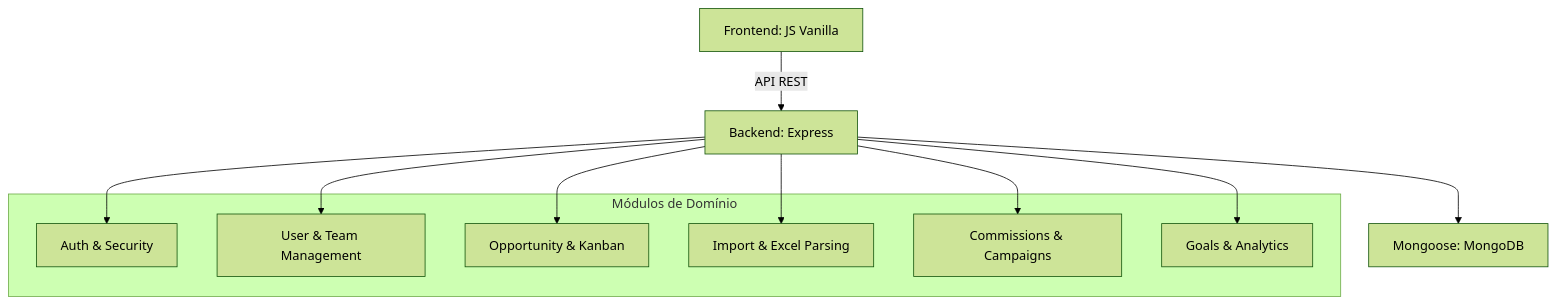
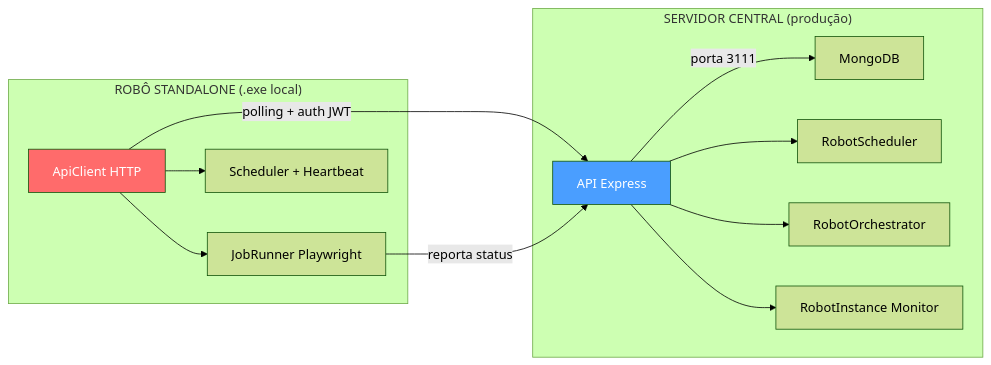
One commit to diogomends/gestor-oportunidades-rpa-docusigner changed the diagram in .specs/STATE.md. Above: the diagram before and after it, drawn with Mermaid (forest theme). The commit also changed other lines of this file and 6 other files, not shown here.

Commit message:
docs(specs): documentar arquitetura de 2 componentes (servidor + standalone)

````diff
--- a/.specs/STATE.md
+++ b/.specs/STATE.md
@@ -7,21 +11,20 @@
 ```mermaid
-graph TD
-    A[Frontend: JS Vanilla] -->|API REST| B[Backend: Express]
-    B --> C[Mongoose: MongoDB]
-    
-    subgraph "Módulos de Domínio"
-        D[Auth & Security]
-        E[User & Team Management]
-        F[Opportunity & Kanban]
-        G[Import & Excel Parsing]
-        H[Commissions & Campaigns]
-        I[Goals & Analytics]
+graph LR
+    subgraph "SERVIDOR CENTRAL (produção)"
+        A[API Express] -->|porta 3111| B[MongoDB]
+        A --> C[RobotScheduler]
+        A --> D[RobotOrchestrator]
+        A --> E[RobotInstance Monitor]
     end
-    
-    B --> D
-    B --> E
-    B --> F
-    B --> G
-    B --> H
-    B --> I
+
+    subgraph "ROBÔ STANDALONE (.exe local)"
+        F[ApiClient HTTP] --> G[JobRunner Playwright]
+        F --> H[Scheduler + Heartbeat]
+    end
+
+    F -->|polling + auth JWT| A
+    G -->|reporta status| A
+
+    style A fill:#4a9eff,color:#fff
+    style F fill:#ff6b6b,color:#fff
 ```
````
